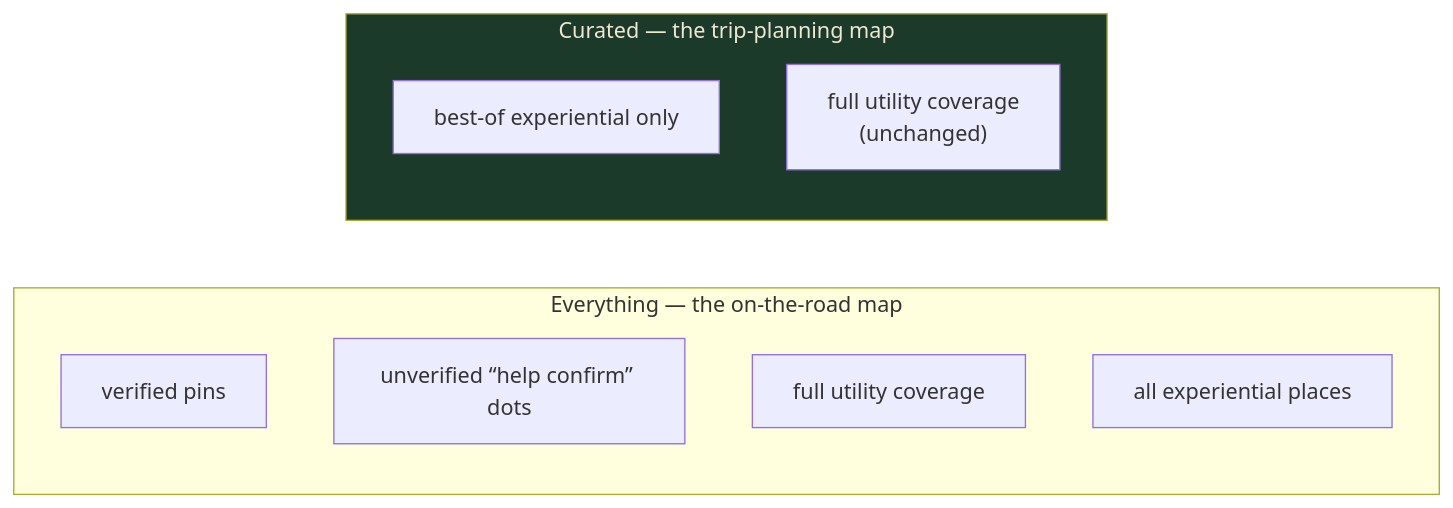
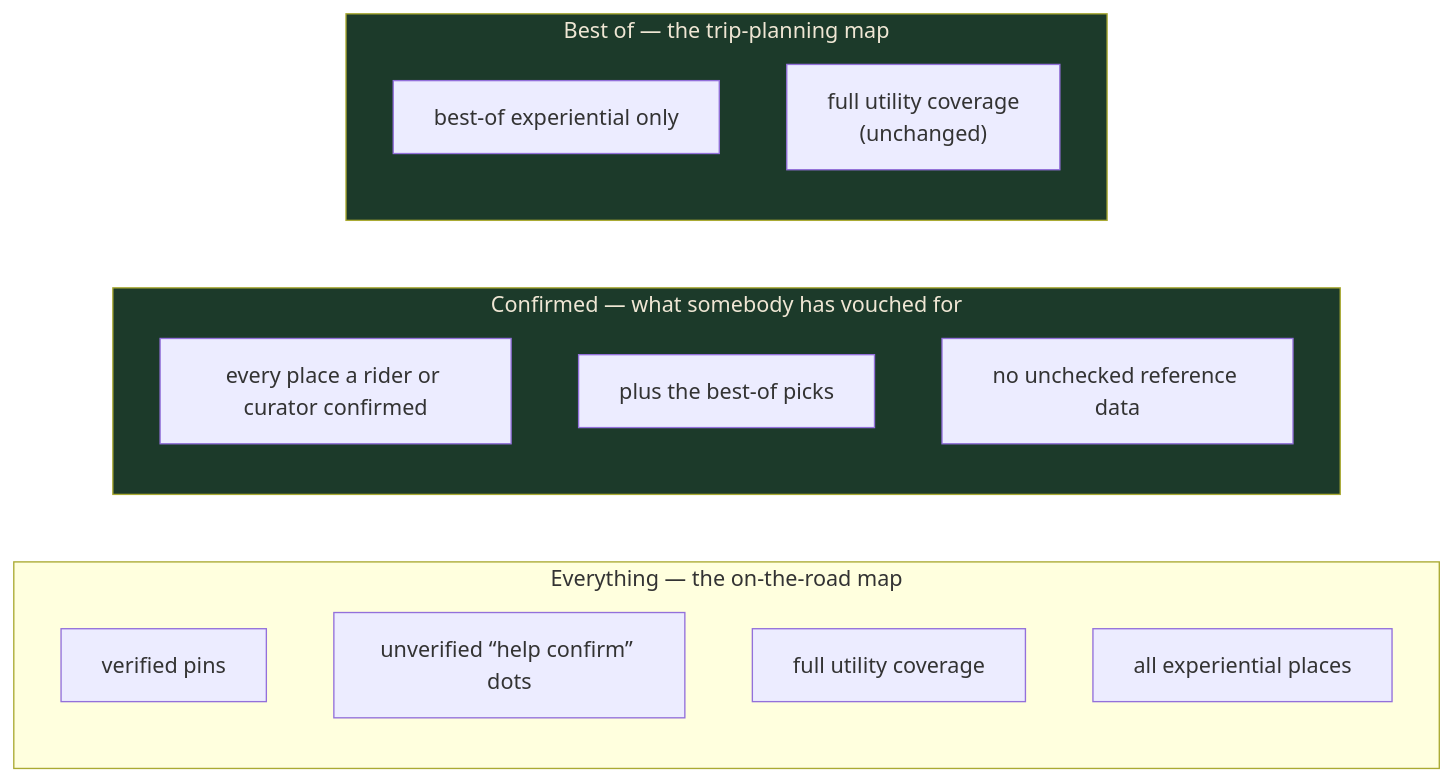
The sixth of 8 diagrams in wiki/data-priority.md (cycling-commons/cycling-commons), drawn with Mermaid before and after one commit. The commit also changed other lines of this file and 3 other files, not shown here.

````diff
--- a/wiki/data-priority.md
+++ b/wiki/data-priority.md
@@ -188,14 +199,20 @@
 ```mermaid
 flowchart LR
     subgraph EV["Everything — the on-the-road map"]
         E1["verified pins"]
         E2["unverified “help confirm” dots"]
         E3["full utility coverage"]
         E4["all experiential places"]
     end
-    subgraph CU["Curated — the trip-planning map"]
+    subgraph CO["Confirmed — what somebody has vouched for"]
+        O1["every place a rider or curator confirmed"]
+        O2["plus the best-of picks"]
+        O3["no unchecked reference data"]
+    end
+    subgraph CU["Best of — the trip-planning map"]
         C1["best-of experiential only"]
         C2["full utility coverage<br/>(unchanged)"]
     end
+    style CO fill:#1C3A2A,color:#EFE6D4
     style CU fill:#1C3A2A,color:#EFE6D4
 ```
````
